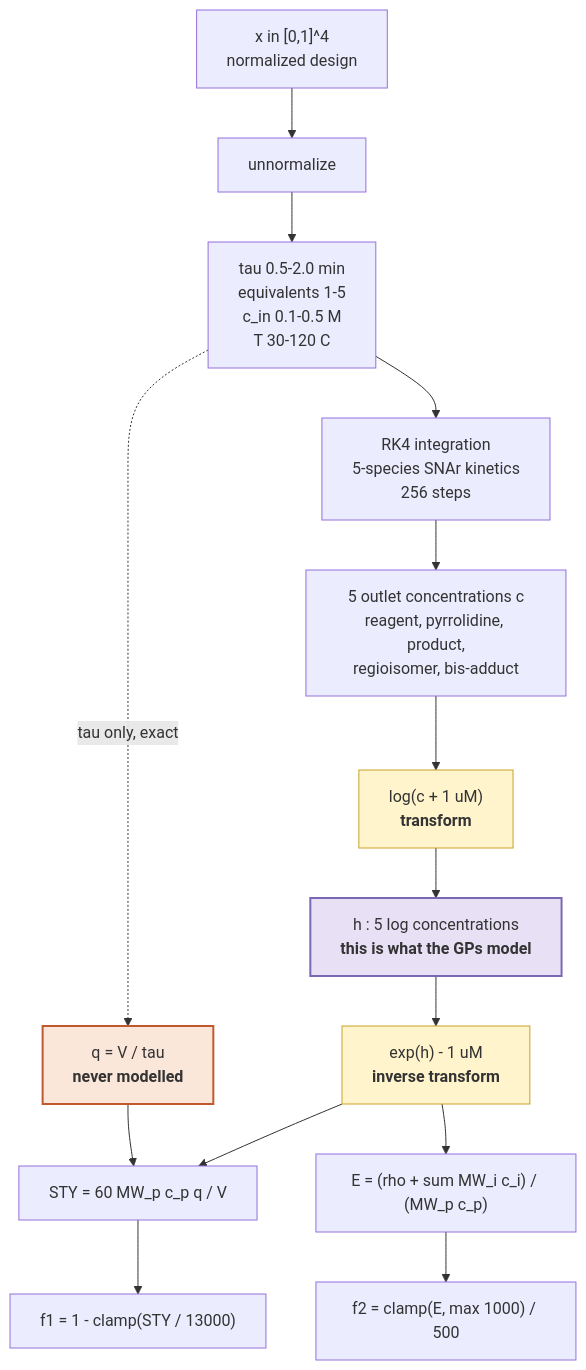
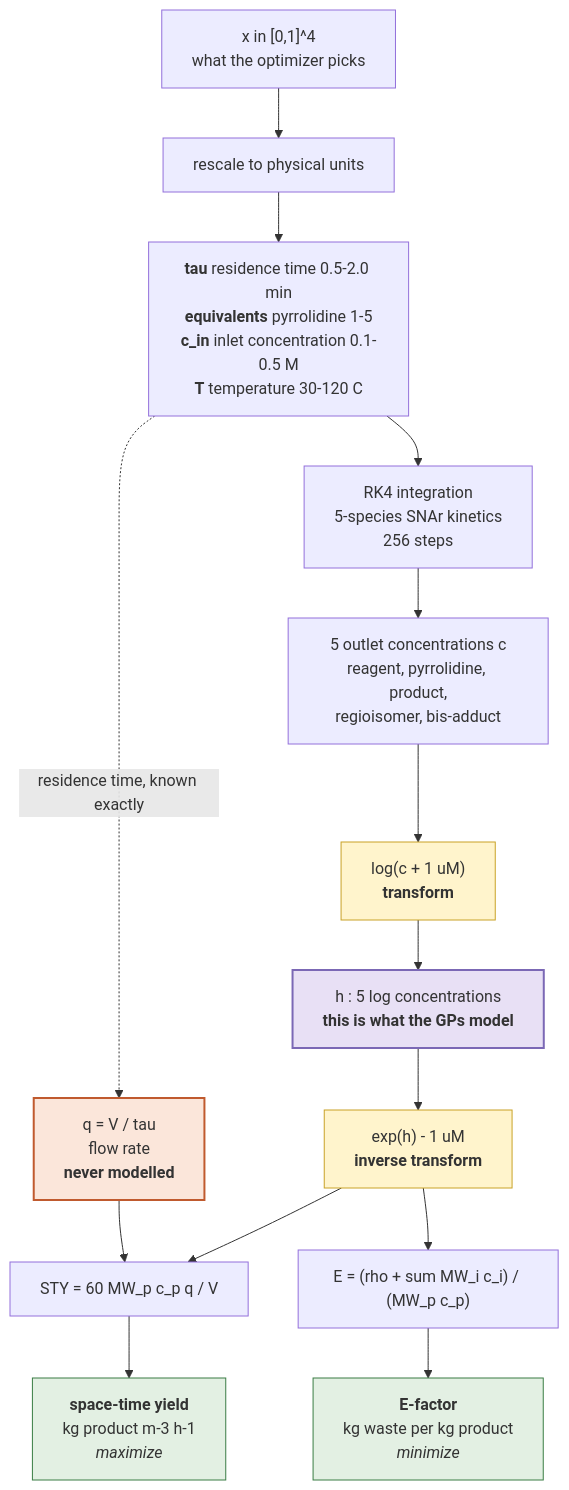
The diagram in WORK_SUMMARY.md (tau315/composite-mobo), drawn with Mermaid before and after one commit. The commit also changed other lines of this file and 3 other files, not shown here.

````diff
--- a/WORK_SUMMARY.md
+++ b/WORK_SUMMARY.md
@@ -177,24 +177,26 @@
 ```mermaid
 flowchart TD
-    X["x in [0,1]^4<br/>normalized design"] --> UN["unnormalize"]
-    UN --> PHYS["tau 0.5-2.0 min<br/>equivalents 1-5<br/>c_in 0.1-0.5 M<br/>T 30-120 C"]
+    X["x in [0,1]^4<br/>what the optimizer picks"] --> UN["rescale to physical units"]
+    UN --> PHYS["<b>tau</b> residence time 0.5-2.0 min<br/><b>equivalents</b> pyrrolidine 1-5<br/><b>c_in</b> inlet concentration 0.1-0.5 M<br/><b>T</b> temperature 30-120 C"]
     PHYS --> RK4["RK4 integration<br/>5-species SNAr kinetics<br/>256 steps"]
     RK4 --> CONC["5 outlet concentrations c<br/>reagent, pyrrolidine, product,<br/>regioisomer, bis-adduct"]
     CONC --> LOG["log(c + 1 uM)<br/><b>transform</b>"]
     LOG --> H["h : 5 log concentrations<br/><b>this is what the GPs model</b>"]
 
     H --> EXP["exp(h) - 1 uM<br/><b>inverse transform</b>"]
-    PHYS -. "tau only, exact" .-> Q["q = V / tau<br/><b>never modelled</b>"]
+    PHYS -. "residence time, known exactly" .-> Q["q = V / tau<br/>flow rate<br/><b>never modelled</b>"]
 
     EXP --> STY["STY = 60 MW_p c_p q / V"]
     Q --> STY
     EXP --> EF["E = (rho + sum MW_i c_i) / (MW_p c_p)"]
 
-    STY --> F1["f1 = 1 - clamp(STY / 13000)"]
-    EF --> F2["f2 = clamp(E, max 1000) / 500"]
+    STY --> F1["<b>space-time yield</b><br/>kg product m-3 h-1<br/><i>maximize</i>"]
+    EF --> F2["<b>E-factor</b><br/>kg waste per kg product<br/><i>minimize</i>"]
 
     style H fill:#e8e0f5,stroke:#7B68B5,stroke-width:2px
     style Q fill:#fbe6da,stroke:#C05A2E,stroke-width:2px
     style LOG fill:#fff4cc,stroke:#c9a227
     style EXP fill:#fff4cc,stroke:#c9a227
+    style F1 fill:#e3f0e3,stroke:#3a7d44
+    style F2 fill:#e3f0e3,stroke:#3a7d44
 ```
````
